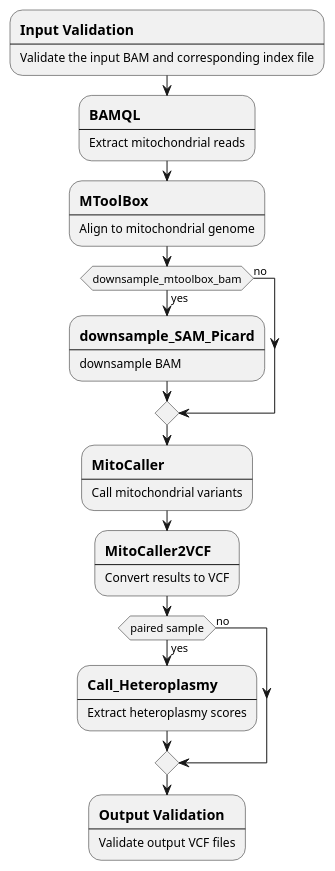
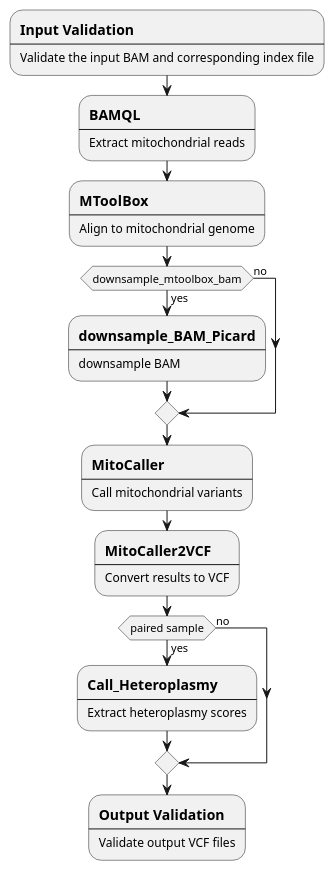
The diagram in docs/call-mtsnv-flow.puml (uclahs-cds/pipeline-call-mtSNV), drawn with PlantUML before and after one commit. The commit also changed 14 other files, not shown here.

Commit message:
change downsample_SAM_Picard to downsample_BAM_Picard

```diff
--- a/docs/call-mtsnv-flow.puml
+++ b/docs/call-mtsnv-flow.puml
@@ -1,36 +1,36 @@
 @startuml
 skinparam SwimlaneTitleFontStyle bold
 
 
 :==Input Validation
 ----
 Validate the input BAM and corresponding index file;
 :==BAMQL
 ----
 Extract mitochondrial reads;
 :==MToolBox
 ----
 Align to mitochondrial genome;
 if (downsample_mtoolbox_bam) then (yes)
-  :==downsample_SAM_Picard
+  :==downsample_BAM_Picard
   ----
   downsample BAM;
 else (no)
 endif
 :==MitoCaller
 ----
 Call mitochondrial variants;
 :==MitoCaller2VCF
 ----
 Convert results to VCF;
 if (paired sample) then (yes)
   :==Call_Heteroplasmy
   ----
   Extract heteroplasmy scores;
 else (no)
 endif
 :==Output Validation
 ----
 Validate output VCF files;
 
 @enduml
```
